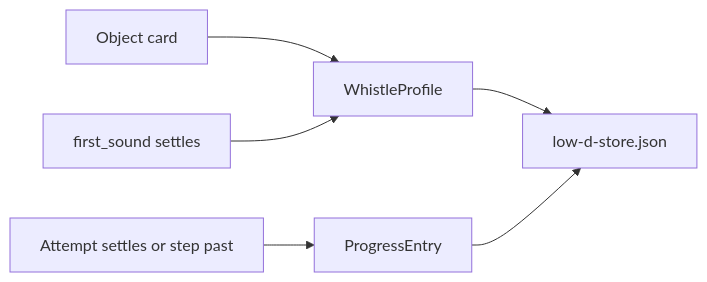
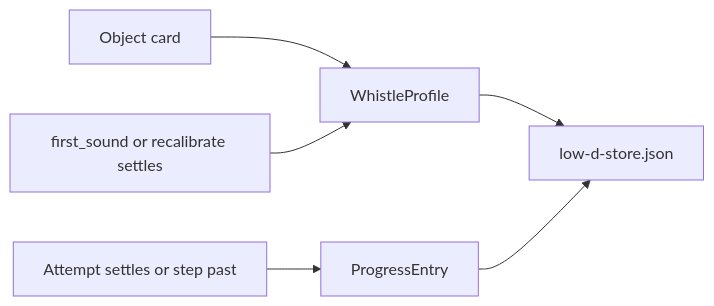
The seventh of 7 diagrams in ARCHITECTURE.md (glen-w/lowDee), drawn with Mermaid before and after one commit. The commit also changed other lines of this file and 30 other files, not shown here.

````diff
--- a/ARCHITECTURE.md
+++ b/ARCHITECTURE.md
@@ -323,8 +343,8 @@
 ```mermaid
 flowchart LR
   Card[Object card] --> Profile[WhistleProfile]
-  Hold[first_sound settles] --> Profile
+  Hold[first_sound or recalibrate settles] --> Profile
   Attempt[Attempt settles or step past] --> Progress[ProgressEntry]
   Profile --> File[low-d-store.json]
   Progress --> File
 ```
````
